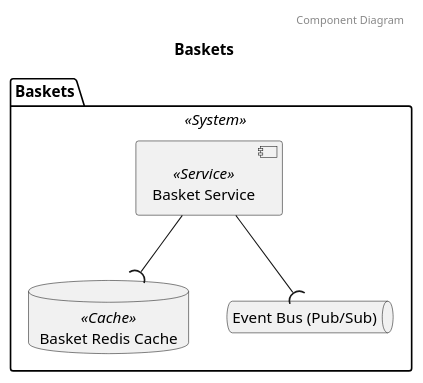
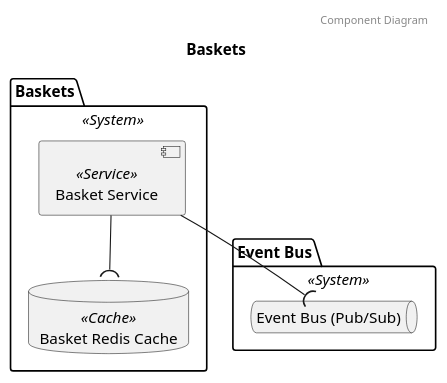
One commit to garrettsutula/example-trellis-project changed the third of 4 diagrams in diagrams/systems/Baskets.puml. Above: the diagram before and after it, drawn with PlantUML. The commit also changed other lines of this file and 13 other files, not shown here.

```diff
--- a/diagrams/systems/Baskets.puml
+++ b/diagrams/systems/Baskets.puml
@@ -35,11 +42,13 @@
 @startuml Component Diagram Baskets
 header Component Diagram
 title Baskets
 package "Baskets" as Baskets_package <<System>>{
 	component "Basket Service" as Basket_Service <<Service>>
 	database "Basket Redis Cache" as Basket_Redis_Cache <<Cache>>
+}
+package "Event Bus" as Event_Bus_package <<System>>{
 	queue "Event Bus (Pub/Sub)" as Event_Bus_Pub_Sub
+}
 	Basket_Service -down-( Basket_Redis_Cache
 	Basket_Service -down-( Event_Bus_Pub_Sub
-}
 @enduml
```
